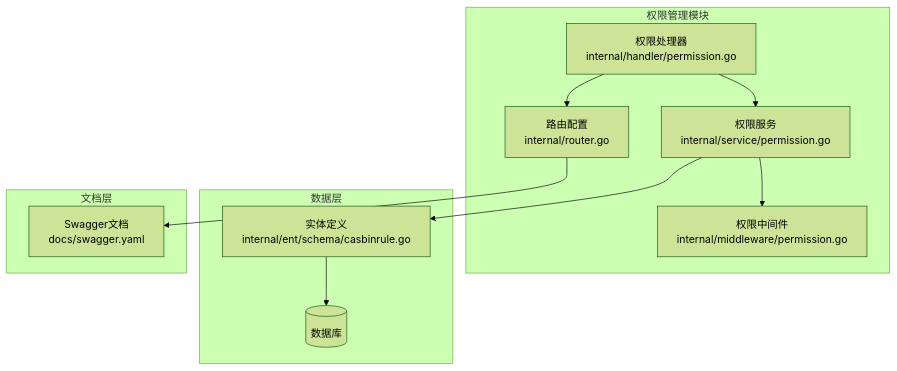
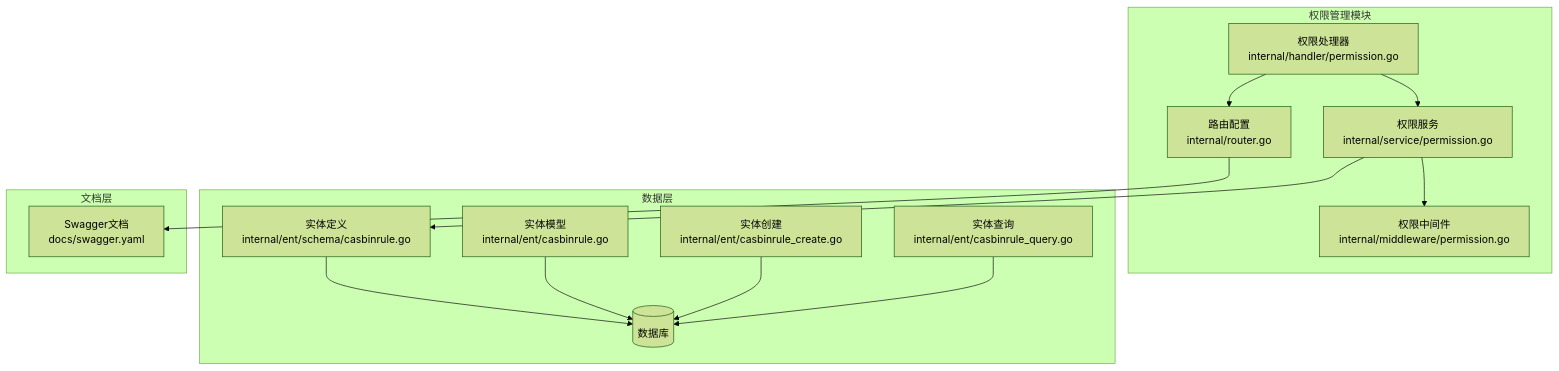
One commit to wuwuseo/e-sports-go-admin changed the first of 6 diagrams in .qoder/repowiki/zh/content/API接口文档/权限管理接口.md. Above: the diagram before and after it, drawn with Mermaid (forest theme). The commit also changed other lines of this file and 26 other files, not shown here.

````diff
--- a/.qoder/repowiki/zh/content/API接口文档/权限管理接口.md
+++ b/.qoder/repowiki/zh/content/API接口文档/权限管理接口.md
@@ -37,22 +48,28 @@
 ```mermaid
 graph TB
 subgraph "权限管理模块"
 Handler[权限处理器<br/>internal/handler/permission.go]
 Service[权限服务<br/>internal/service/permission.go]
 Middleware[权限中间件<br/>internal/middleware/permission.go]
 Router[路由配置<br/>internal/router.go]
 end
 subgraph "数据层"
 Ent[实体定义<br/>internal/ent/schema/casbinrule.go]
+EntModel[实体模型<br/>internal/ent/casbinrule.go]
+EntCreate[实体创建<br/>internal/ent/casbinrule_create.go]
+EntQuery[实体查询<br/>internal/ent/casbinrule_query.go]
 DB[(数据库)]
 end
 subgraph "文档层"
 Swagger[Swagger文档<br/>docs/swagger.yaml]
 end
 Handler --> Service
 Service --> Ent
 Ent --> DB
+EntModel --> DB
+EntCreate --> DB
+EntQuery --> DB
 Handler --> Router
 Service --> Middleware
 Router --> Swagger
 ```
````
